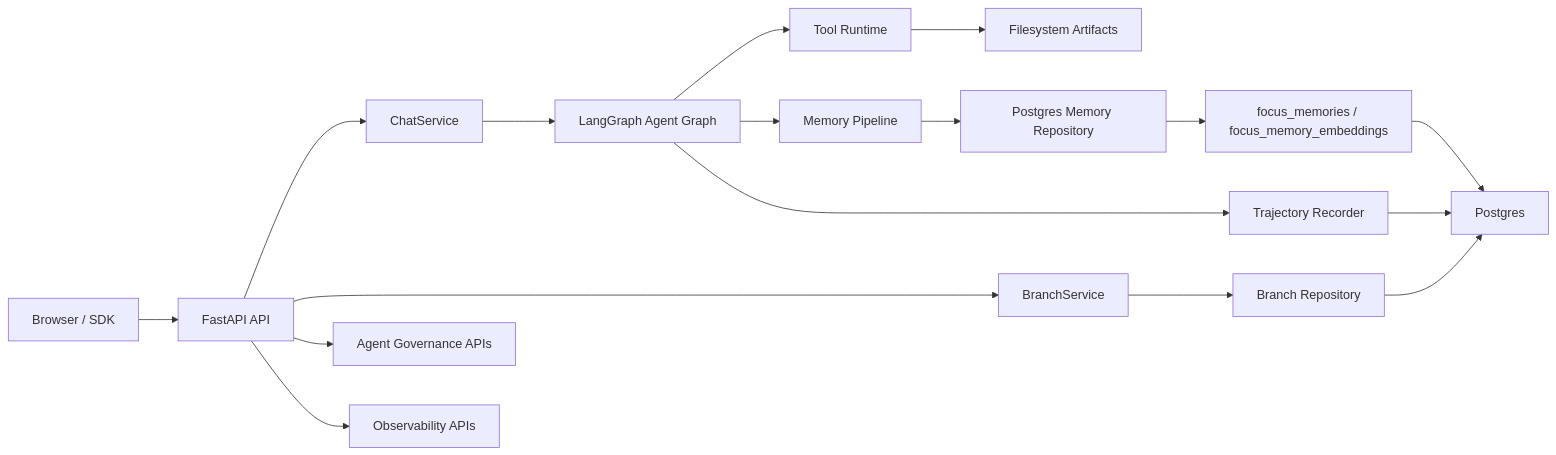
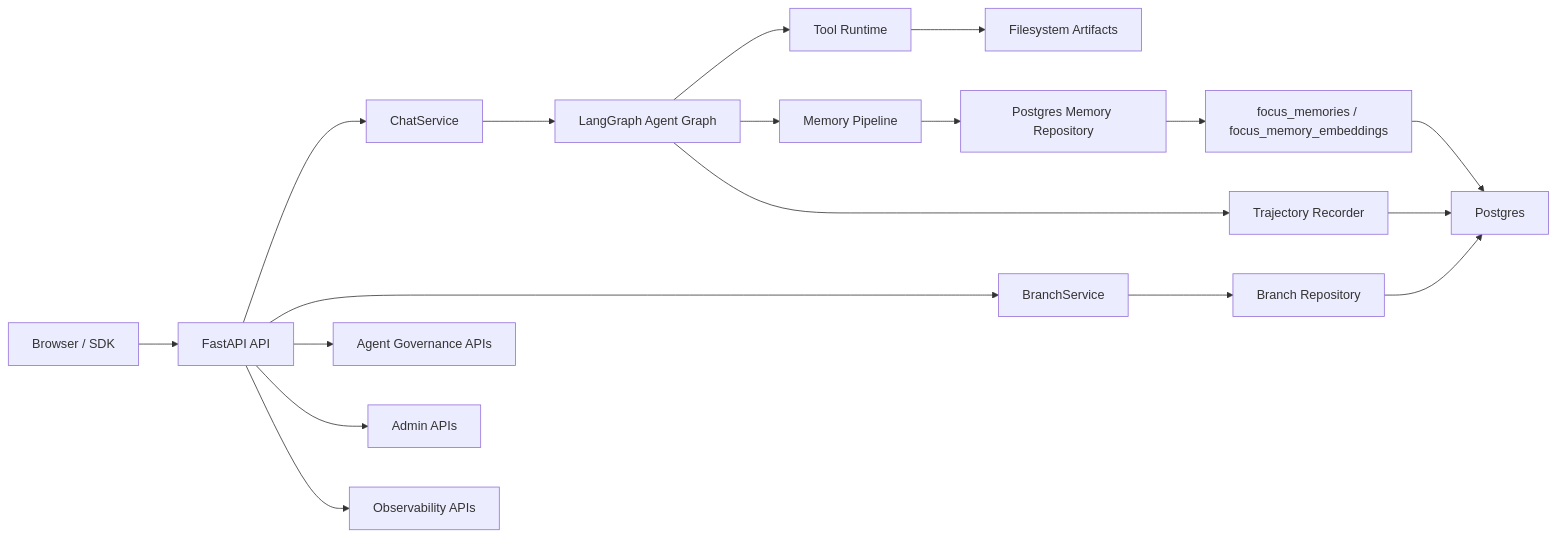
The first of 5 diagrams in docs/architecture.md (William-zgx/focus-agent), drawn with Mermaid before and after one commit. The commit also changed other lines of this file and 70 other files, not shown here.

````diff
--- a/docs/architecture.md
+++ b/docs/architecture.md
@@ -43,19 +45,20 @@
 ```mermaid
 flowchart LR
     User["Browser / SDK"] --> API["FastAPI API"]
     API --> Chat["ChatService"]
     API --> Branch["BranchService"]
     API --> Governance["Agent Governance APIs"]
+    API --> Admin["Admin APIs"]
     API --> Obs["Observability APIs"]
     Chat --> Graph["LangGraph Agent Graph"]
     Graph --> Tools["Tool Runtime"]
     Graph --> Memory["Memory Pipeline"]
     Graph --> Trace["Trajectory Recorder"]
     Branch --> Repo["Branch Repository"]
     Memory --> MemoryRepo["Postgres Memory Repository"]
     MemoryRepo --> MemoryTables["focus_memories / focus_memory_embeddings"]
     Trace --> PG["Postgres"]
     Repo --> PG
     MemoryTables --> PG
     Tools --> Artifacts["Filesystem Artifacts"]
 ```
````
